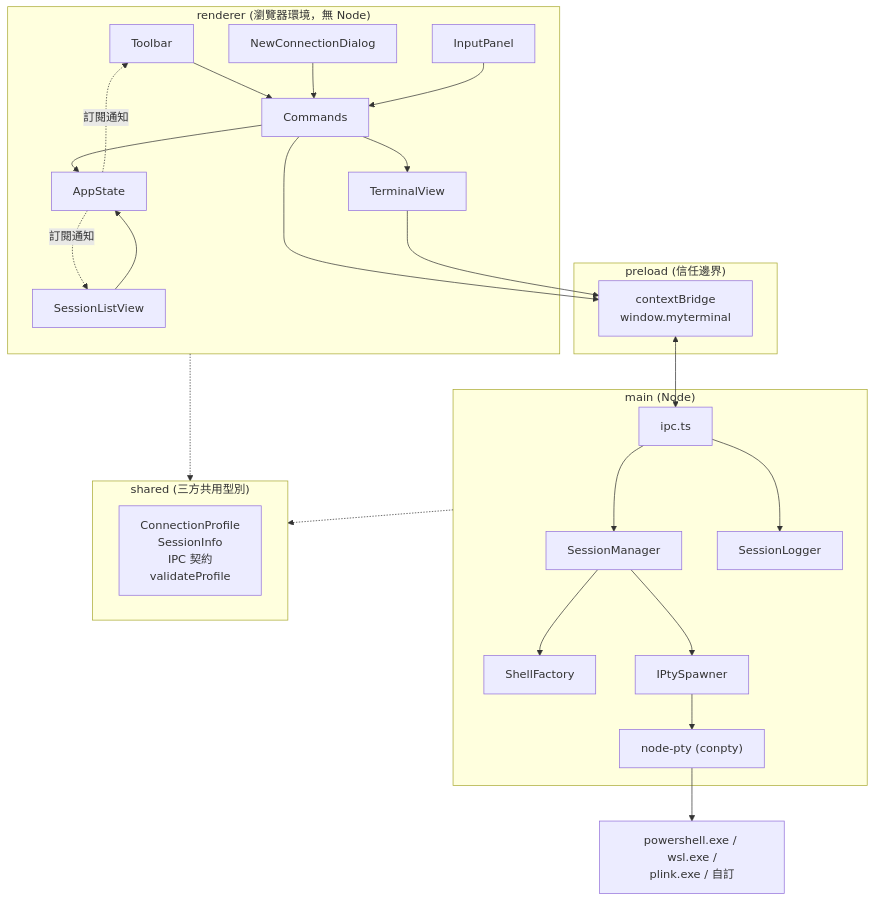
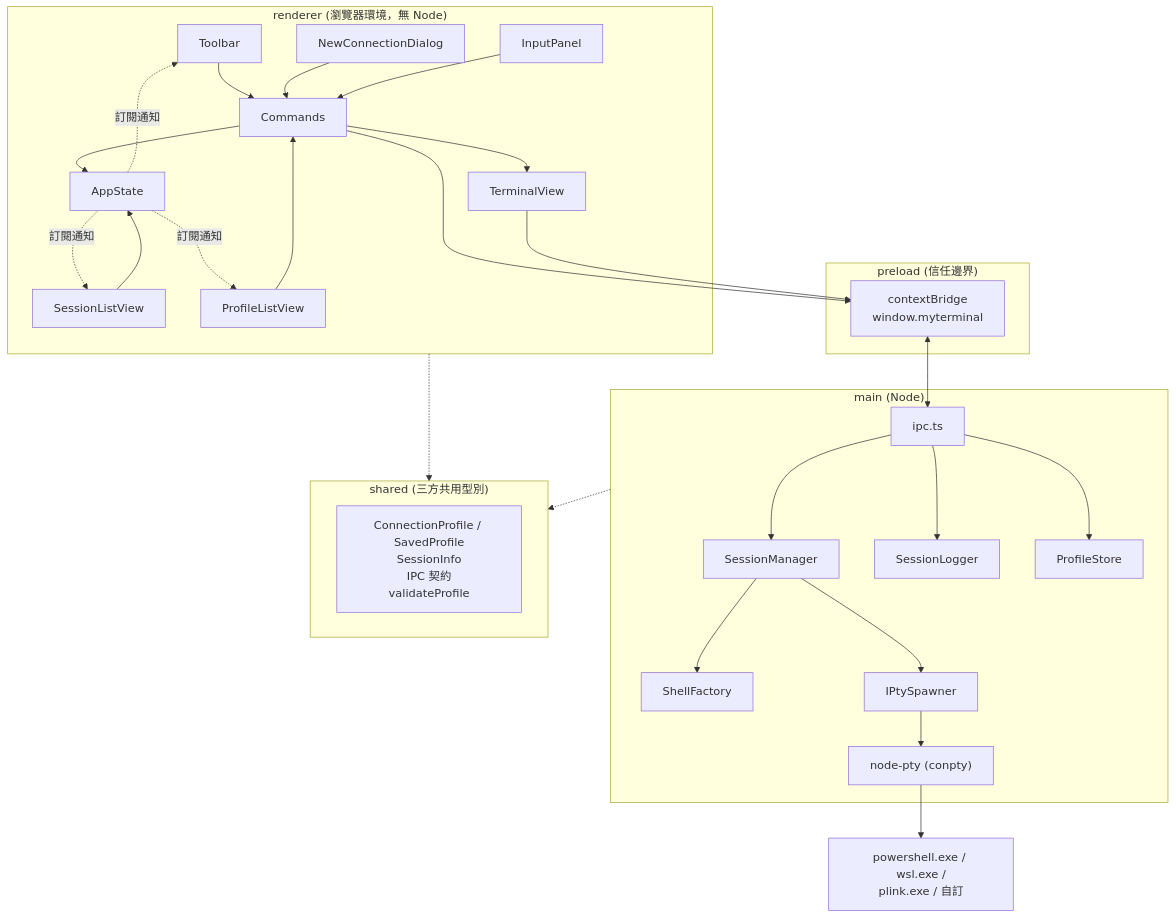
One commit to Mufu/myterminal changed the diagram in docs/ARCHITECTURE.md. Above: the diagram before and after it, drawn with Mermaid. The commit also changed other lines of this file and 1 other file, not shown here.

````diff
--- a/docs/ARCHITECTURE.md
+++ b/docs/ARCHITECTURE.md
@@ -10,37 +10,40 @@
 ```mermaid
 flowchart TB
   subgraph renderer["renderer (瀏覽器環境，無 Node)"]
     Toolbar --> Commands
     SessionListView --> AppState
+    ProfileListView --> Commands
     Commands --> AppState
     Commands --> TerminalView
     AppState -. 訂閱通知 .-> Toolbar
     AppState -. 訂閱通知 .-> SessionListView
+    AppState -. 訂閱通知 .-> ProfileListView
     NewConnectionDialog --> Commands
     InputPanel --> Commands
   end
 
   subgraph preload["preload (信任邊界)"]
     Bridge["contextBridge<br/>window.myterminal"]
   end
 
   subgraph main["main (Node)"]
     IPCLayer["ipc.ts"] --> SessionManager
     IPCLayer --> SessionLogger
+    IPCLayer --> ProfileStore
     SessionManager --> ShellFactory
     SessionManager --> IPtySpawner
     IPtySpawner --> NodePty["node-pty (conpty)"]
   end
 
   subgraph shared["shared (三方共用型別)"]
-    Profile["ConnectionProfile<br/>SessionInfo<br/>IPC 契約<br/>validateProfile"]
+    Profile["ConnectionProfile / SavedProfile<br/>SessionInfo<br/>IPC 契約<br/>validateProfile"]
   end
 
   Commands --> Bridge
   TerminalView --> Bridge
   Bridge <--> IPCLayer
   renderer -.-> shared
   main -.-> shared
 
   NodePty --> Backends["powershell.exe / wsl.exe /<br/>plink.exe / 自訂"]
 ```
````
